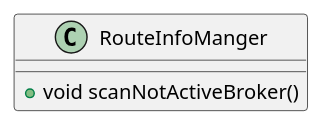
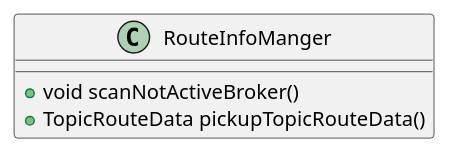
Before and after one commit to huimin6/huimin6.github.io: the second of 3 diagrams in NOTES/RocketMq.md, drawn with PlantUML. The commit also changed other lines of this file, not shown here.

```diff
--- a/NOTES/RocketMq.md
+++ b/NOTES/RocketMq.md
@@ -31,5 +36,6 @@
 @startuml
 class RouteInfoManger {
 +void scanNotActiveBroker()
++TopicRouteData pickupTopicRouteData()
 }
 @enduml
```
